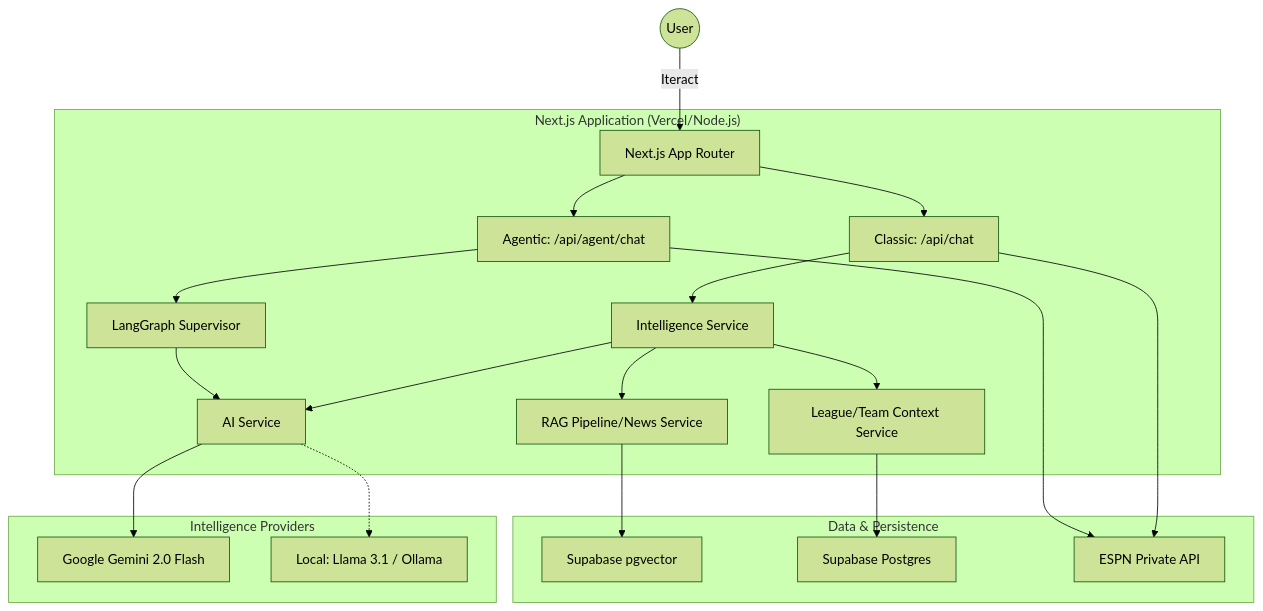
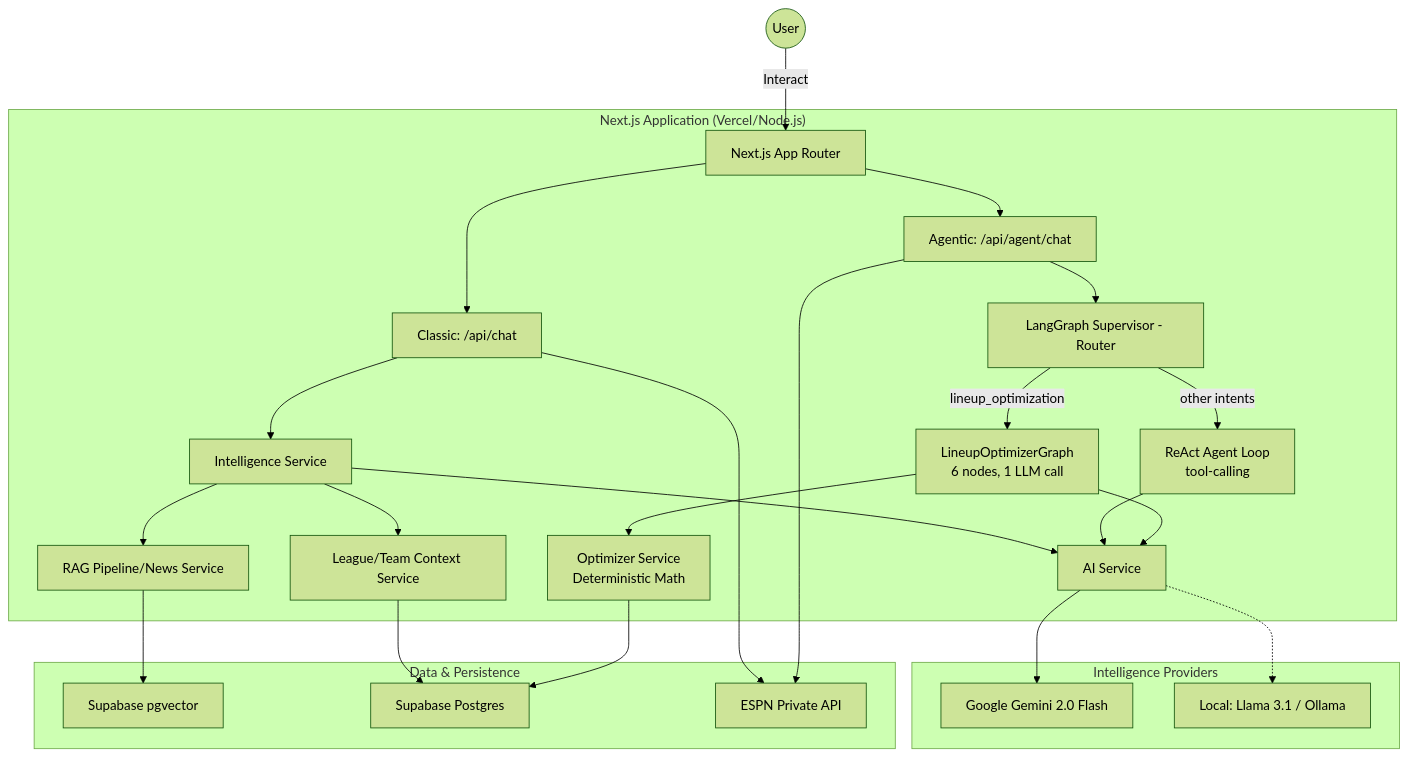
Before and after one commit to bpolitiadis/fanvise: the diagram in docs/technical/Architecture.md, drawn with Mermaid (forest theme). The commit also changed 8 other files, not shown here.

````diff
--- a/docs/technical/Architecture.md
+++ b/docs/technical/Architecture.md
@@ -9,27 +9,36 @@
 ```mermaid
 graph TD
-    User((User)) -->|Iteract| WebUI[Next.js App Router]
+    User((User)) -->|Interact| WebUI[Next.js App Router]
     
     subgraph "Next.js Application (Vercel/Node.js)"
         WebUI --> API_Classic[Classic: /api/chat]
         WebUI --> API_Agent[Agentic: /api/agent/chat]
         API_Classic --> IntelligenceSvc[Intelligence Service]
-        API_Agent --> Supervisor[LangGraph Supervisor]
+        API_Agent --> Supervisor[LangGraph Supervisor - Router]
+        
+        Supervisor -->|lineup_optimization| LineupOptimizer[LineupOptimizerGraph<br/>6 nodes, 1 LLM call]
+        Supervisor -->|other intents| ReActLoop[ReAct Agent Loop<br/>tool-calling]
+        
+        LineupOptimizer --> OptimizerSvc[Optimizer Service<br/>Deterministic Math]
+        
         IntelligenceSvc --> Orchestrator[AI Service]
-        Supervisor --> Orchestrator[AI Service]
+        ReActLoop --> Orchestrator
+        LineupOptimizer --> Orchestrator
+        
         IntelligenceSvc --> LeagueSvc[League/Team Context Service]
         IntelligenceSvc --> RAG[RAG Pipeline/News Service]
     end
     
     subgraph "Intelligence Providers"
         Orchestrator --> Gemini[Google Gemini 2.0 Flash]
         Orchestrator -.-> Ollama[Local: Llama 3.1 / Ollama]
     end
     
     subgraph "Data & Persistence"
         RAG --> SupabaseVector[Supabase pgvector]
         LeagueSvc --> SupabaseDB[Supabase Postgres]
+        OptimizerSvc --> SupabaseDB
         API_Classic --> ESPN[ESPN Private API]
         API_Agent --> ESPN
     end
 ```
````
